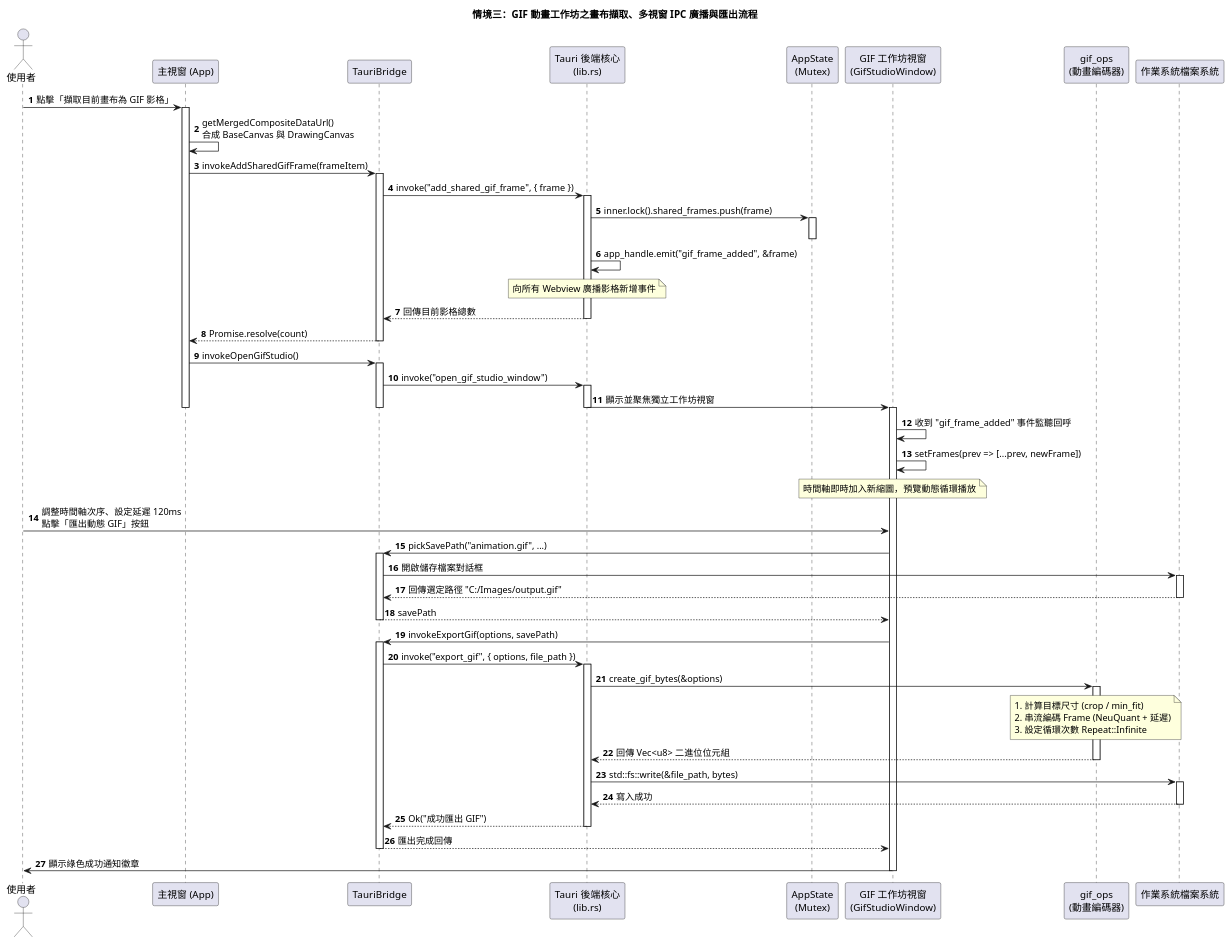
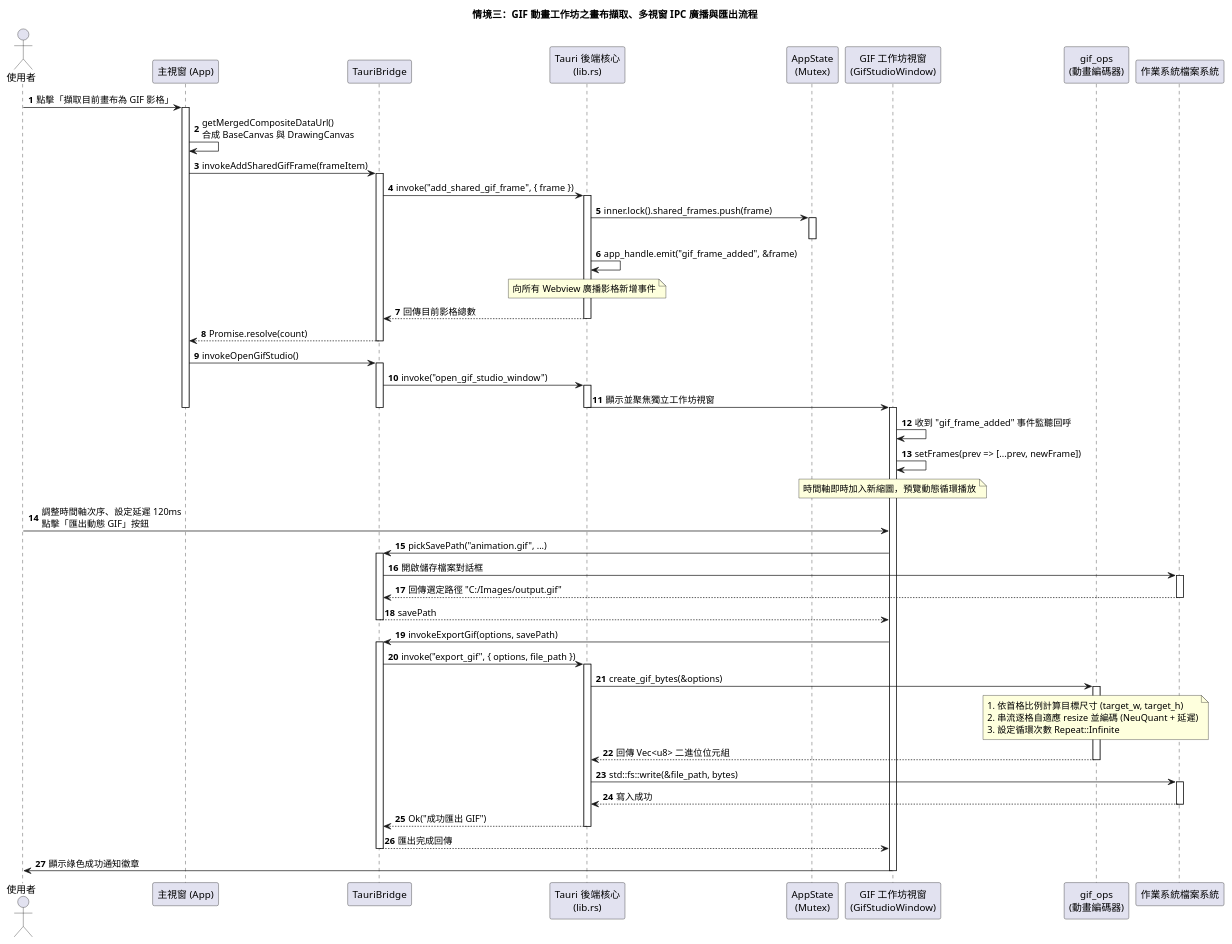
The diagram in docs/plantuml/sequence_diagram_gif.puml (SHENG-NA05/img-ed), drawn with PlantUML before and after one commit. The commit also changed 21 other files, not shown here.

Commit message:
Update UML diagrams

```diff
--- a/docs/plantuml/sequence_diagram_gif.puml
+++ b/docs/plantuml/sequence_diagram_gif.puml
@@ -1,82 +1,82 @@
 @startuml
 title 情境三：GIF 動畫工作坊之畫布擷取、多視窗 IPC 廣播與匯出流程
 autonumber
 skinparam responseMessageBelowArrow true
 
 actor "使用者" as User
 participant "主視窗 (App)" as MainWin
 participant "TauriBridge" as Bridge
 participant "Tauri 後端核心\n(lib.rs)" as TauriCore
 participant "AppState\n(Mutex)" as State
 participant "GIF 工作坊視窗\n(GifStudioWindow)" as GifWin
 participant "gif_ops\n(動畫編碼器)" as GifOps
 participant "作業系統檔案系統" as OS
 
 User -> MainWin : 點擊「擷取目前畫布為 GIF 影格」
 activate MainWin
 MainWin -> MainWin : getMergedCompositeDataUrl()\n合成 BaseCanvas 與 DrawingCanvas
 MainWin -> Bridge : invokeAddSharedGifFrame(frameItem)
 activate Bridge
 Bridge -> TauriCore : invoke("add_shared_gif_frame", { frame })
 activate TauriCore
 
 TauriCore -> State : inner.lock().shared_frames.push(frame)
 activate State
 deactivate State
 
 TauriCore -> TauriCore : app_handle.emit("gif_frame_added", &frame)
 note over TauriCore : 向所有 Webview 廣播影格新增事件
 
 TauriCore --> Bridge : 回傳目前影格總數
 deactivate TauriCore
 Bridge --> MainWin : Promise.resolve(count)
 deactivate Bridge
 
 MainWin -> Bridge : invokeOpenGifStudio()
 activate Bridge
 Bridge -> TauriCore : invoke("open_gif_studio_window")
 activate TauriCore
 TauriCore -> GifWin : 顯示並聚焦獨立工作坊視窗
 deactivate TauriCore
 deactivate Bridge
 deactivate MainWin
 
 activate GifWin
 GifWin -> GifWin : 收到 "gif_frame_added" 事件監聽回呼
 GifWin -> GifWin : setFrames(prev => [...prev, newFrame])
 note over GifWin : 時間軸即時加入新縮圖，預覽動態循環播放
 
 User -> GifWin : 調整時間軸次序、設定延遲 120ms\n點擊「匯出動態 GIF」按鈕
 GifWin -> Bridge : pickSavePath("animation.gif", ...)
 activate Bridge
 Bridge -> OS : 開啟儲存檔案對話框
 activate OS
 OS --> Bridge : 回傳選定路徑 "C:/Images/output.gif"
 deactivate OS
 Bridge --> GifWin : savePath
 deactivate Bridge
 
 GifWin -> Bridge : invokeExportGif(options, savePath)
 activate Bridge
 Bridge -> TauriCore : invoke("export_gif", { options, file_path })
 activate TauriCore
 
 TauriCore -> GifOps : create_gif_bytes(&options)
 activate GifOps
-note over GifOps : 1. 計算目標尺寸 (crop / min_fit)\n2. 串流編碼 Frame (NeuQuant + 延遲)\n3. 設定循環次數 Repeat::Infinite
+note over GifOps : 1. 依首格比例計算目標尺寸 (target_w, target_h)\n2. 串流逐格自適應 resize 並編碼 (NeuQuant + 延遲)\n3. 設定循環次數 Repeat::Infinite
 GifOps --> TauriCore : 回傳 Vec<u8> 二進位位元組
 deactivate GifOps
 
 TauriCore -> OS : std::fs::write(&file_path, bytes)
 activate OS
 OS --> TauriCore : 寫入成功
 deactivate OS
 TauriCore --> Bridge : Ok("成功匯出 GIF")
 deactivate TauriCore
 Bridge --> GifWin : 匯出完成回傳
 deactivate Bridge
 
 GifWin -> User : 顯示綠色成功通知徽章
 deactivate GifWin
 
 @enduml
```
